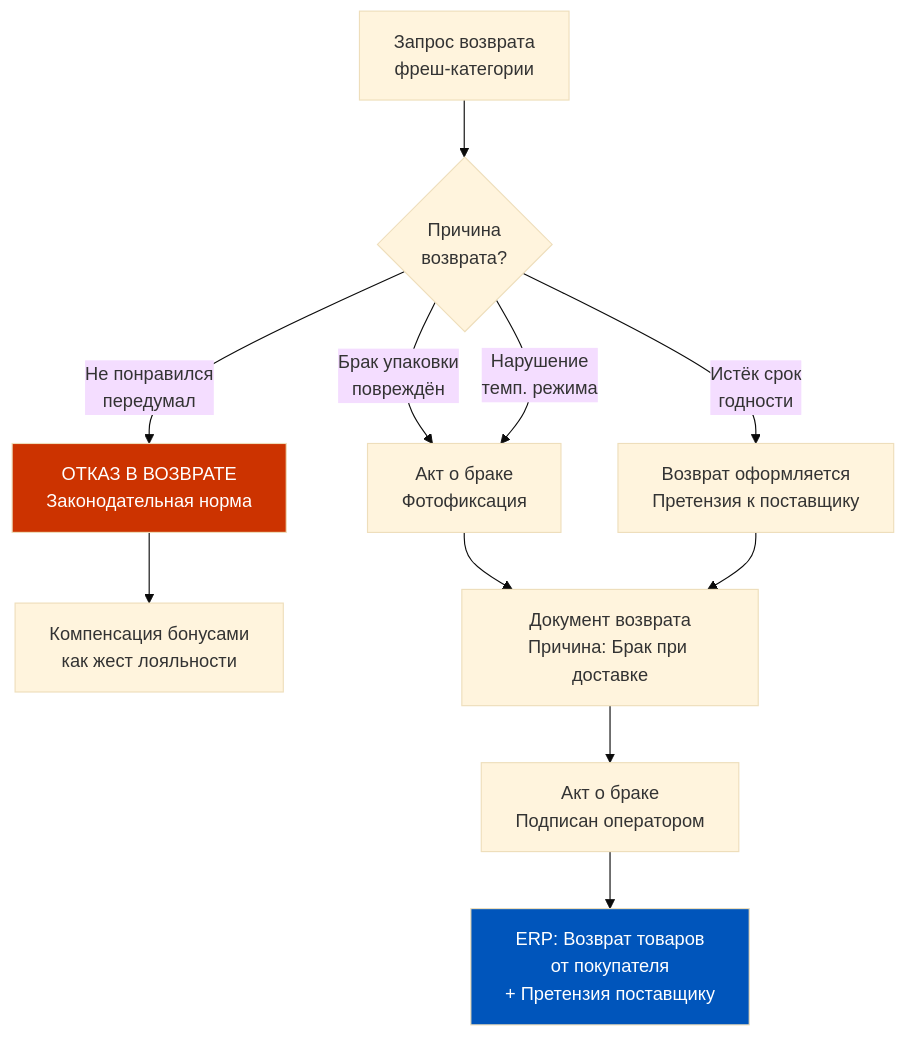
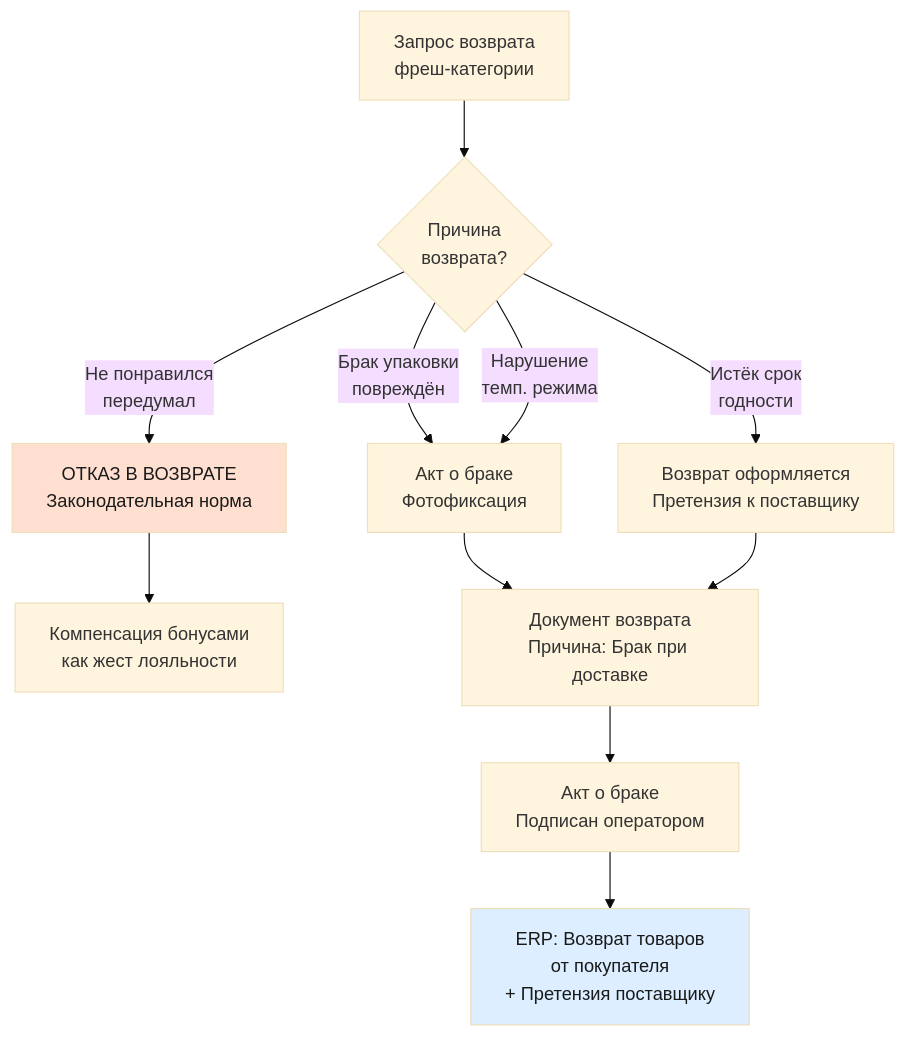
The fifth of 9 diagrams in content/1c-erp/week_7/Неделя 7 - День 5 - Возвраты от покупателей.md (murad1986/1c-erp-quartz), drawn with Mermaid (base theme) before and after one commit. The commit also changed other lines of this file and 57 other files, not shown here.

First line of the commit message:
fix: Mermaid — пастельные цвета в источниках диаграмм (56 файлов)

````diff
--- a/content/1c-erp/week_7/Неделя 7 - День 5 - Возвраты от покупателей.md
+++ b/content/1c-erp/week_7/Неделя 7 - День 5 - Возвраты от покупателей.md
@@ -294,16 +294,16 @@
 ```mermaid
 flowchart TD
     A[Запрос возврата<br/>фреш-категории] --> B{Причина<br/>возврата?}
     B -->|Не понравился<br/>передумал| C[ОТКАЗ В ВОЗВРАТЕ<br/>Законодательная норма]
     B -->|Брак упаковки<br/>повреждён| D[Акт о браке<br/>Фотофиксация]
     B -->|Нарушение<br/>темп. режима| D
     B -->|Истёк срок<br/>годности| E[Возврат оформляется<br/>Претензия к поставщику]
     C --> F[Компенсация бонусами<br/>как жест лояльности]
     D --> G[Документ возврата<br/>Причина: Брак при доставке]
     E --> G
     G --> H[Акт о браке<br/>Подписан оператором]
     H --> I[ERP: Возврат товаров<br/>от покупателя<br/>+ Претензия поставщику]
 
-    style C fill:#cc3300,color:#fff
-    style I fill:#0055BB,color:#fff
+    style C fill:#ffe0d0,color:#1a1a1a
+    style I fill:#dceeff,color:#1a1a1a
 ```
````
